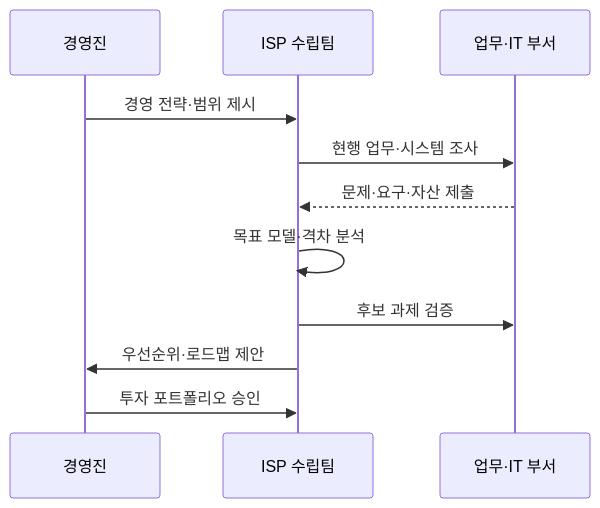
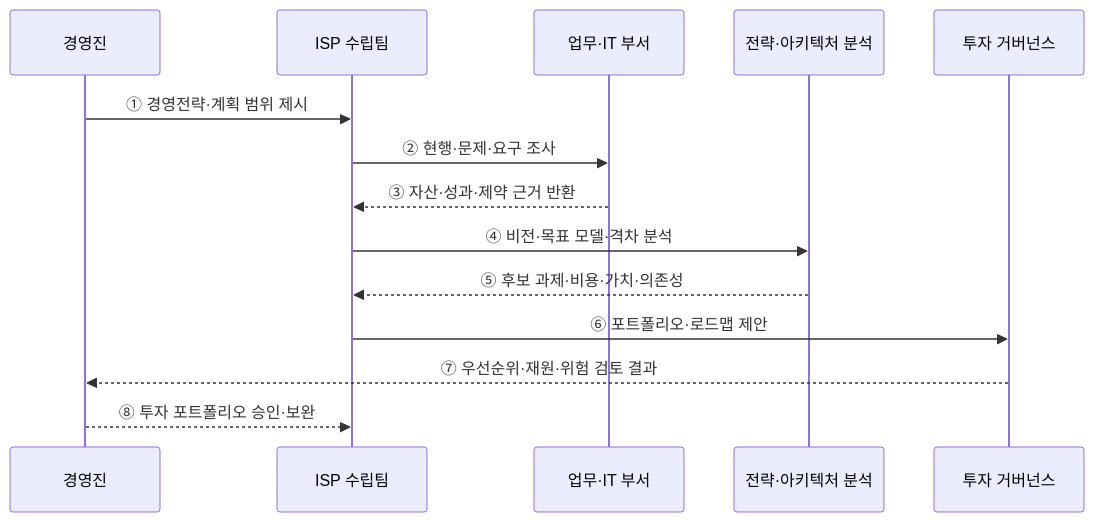
One commit to agnusdei1207/knowledge-base changed the second of 2 diagrams in src/content/docs/notes/03-software/188_isp.md. Above: the diagram before and after it, drawn with Mermaid. The commit also changed other lines of this file and 12 other files, not shown here.

````diff
--- a/src/content/docs/notes/03-software/188_isp.md
+++ b/src/content/docs/notes/03-software/188_isp.md
@@ -76,13 +68,16 @@
 ```mermaid
 sequenceDiagram
     participant E as 경영진
     participant T as ISP 수립팀
     participant B as 업무·IT 부서
-    E->>T: 경영 전략·범위 제시
-    T->>B: 현행 업무·시스템 조사
-    B-->>T: 문제·요구·자산 제출
-    T->>T: 목표 모델·격차 분석
-    T->>B: 후보 과제 검증
-    T->>E: 우선순위·로드맵 제안
-    E->>T: 투자 포트폴리오 승인
+    participant A as 전략·아키텍처 분석
+    participant G as 투자 거버넌스
+    E->>T: ① 경영전략·계획 범위 제시
+    T->>B: ② 현행·문제·요구 조사
+    B-->>T: ③ 자산·성과·제약 근거 반환
+    T->>A: ④ 비전·목표 모델·격차 분석
+    A-->>T: ⑤ 후보 과제·비용·가치·의존성
+    T->>G: ⑥ 포트폴리오·로드맵 제안
+    G-->>E: ⑦ 우선순위·재원·위험 검토 결과
+    E-->>T: ⑧ 투자 포트폴리오 승인·보완
 ```
````
